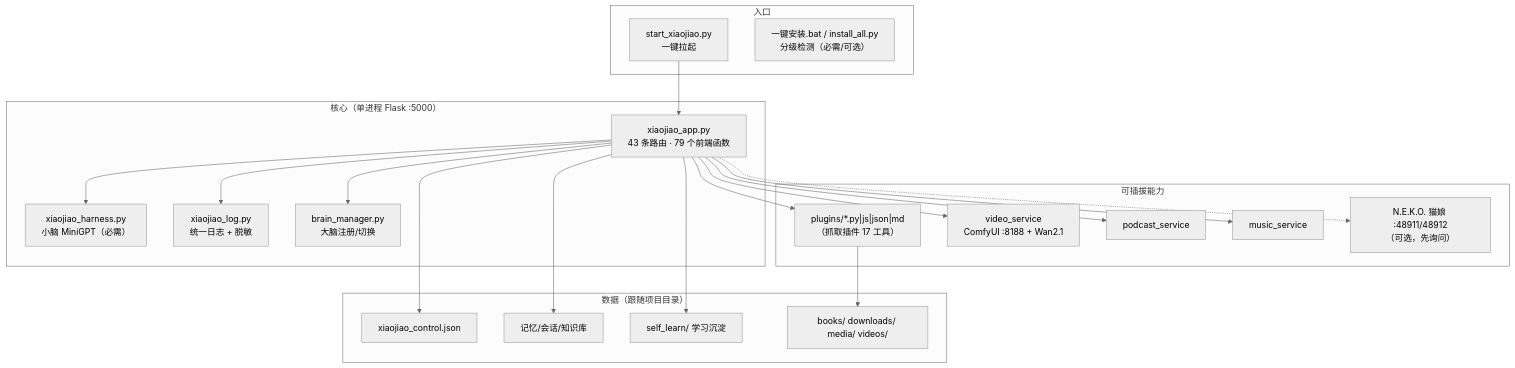
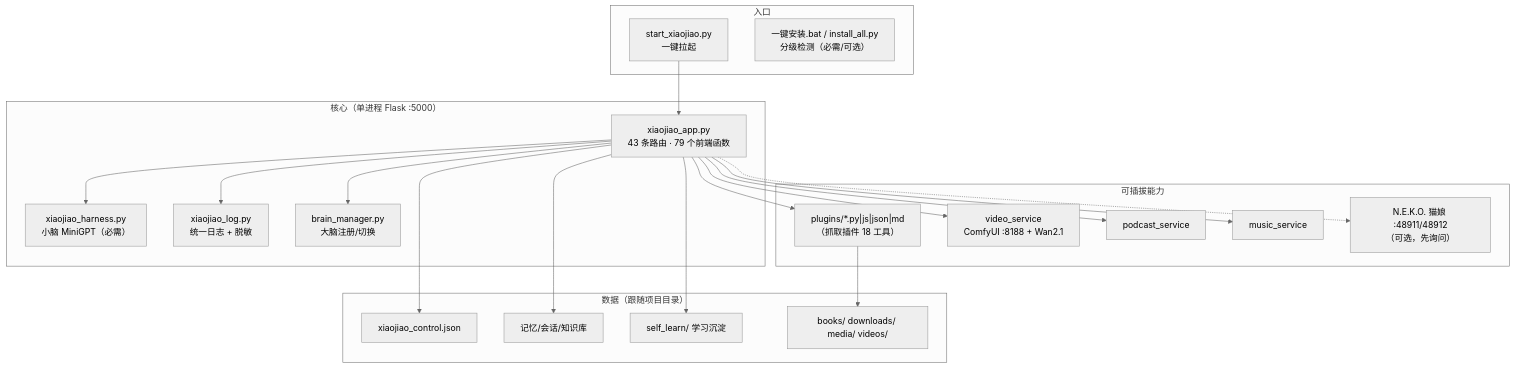
The first of 2 diagrams in docs/landing-report.md (jiangchuangege/xiaojiao-harness), drawn with Mermaid (neutral theme) before and after one commit. The commit also changed other lines of this file and 17 other files, not shown here.

````diff
--- a/docs/landing-report.md
+++ b/docs/landing-report.md
@@ -24,39 +24,39 @@
 ```mermaid
 flowchart TB
     subgraph ENTRY["入口"]
         S["start_xiaojiao.py<br/>一键拉起"]
         I["一键安装.bat / install_all.py<br/>分级检测（必需/可选）"]
     end
     subgraph CORE["核心（单进程 Flask :5000）"]
         APP["xiaojiao_app.py<br/>43 条路由 · 79 个前端函数"]
         XJ["xiaojiao_harness.py<br/>小脑 MiniGPT（必需）"]
         LOG["xiaojiao_log.py<br/>统一日志 + 脱敏"]
         BM["brain_manager.py<br/>大脑注册/切换"]
     end
     subgraph EXT["可插拔能力"]
-        P["plugins/*.py|js|json|md<br/>（抓取插件 17 工具）"]
+        P["plugins/*.py|js|json|md<br/>（抓取插件 18 工具）"]
         V["video_service<br/>ComfyUI :8188 + Wan2.1"]
         PD["podcast_service"]
         MU["music_service"]
         CAT["N.E.K.O. 猫娘 :48911/48912<br/>（可选，先询问）"]
     end
     subgraph DATA["数据（跟随项目目录）"]
         C["xiaojiao_control.json"]
         M["记忆/会话/知识库"]
         L["self_learn/ 学习沉淀"]
         O["books/ downloads/ media/ videos/"]
     end
     S --> APP
     APP --> XJ
     APP --> BM
     APP --> P
     APP --> V
     APP --> PD
     APP --> MU
     APP -.-> CAT
     APP --> M
     APP --> L
     P --> O
     APP --> LOG
     APP --> C
 ```
````
